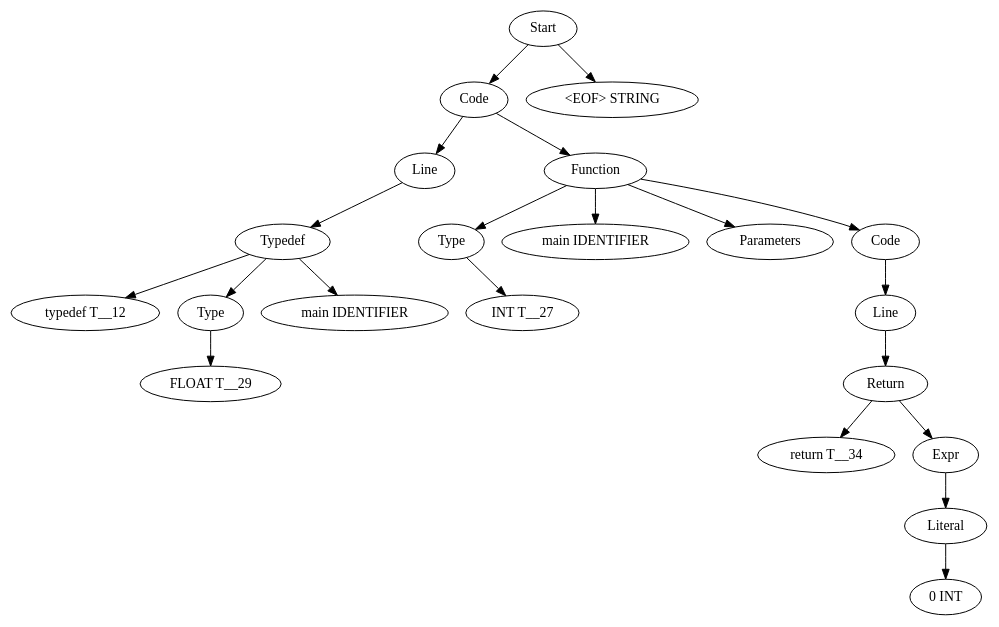
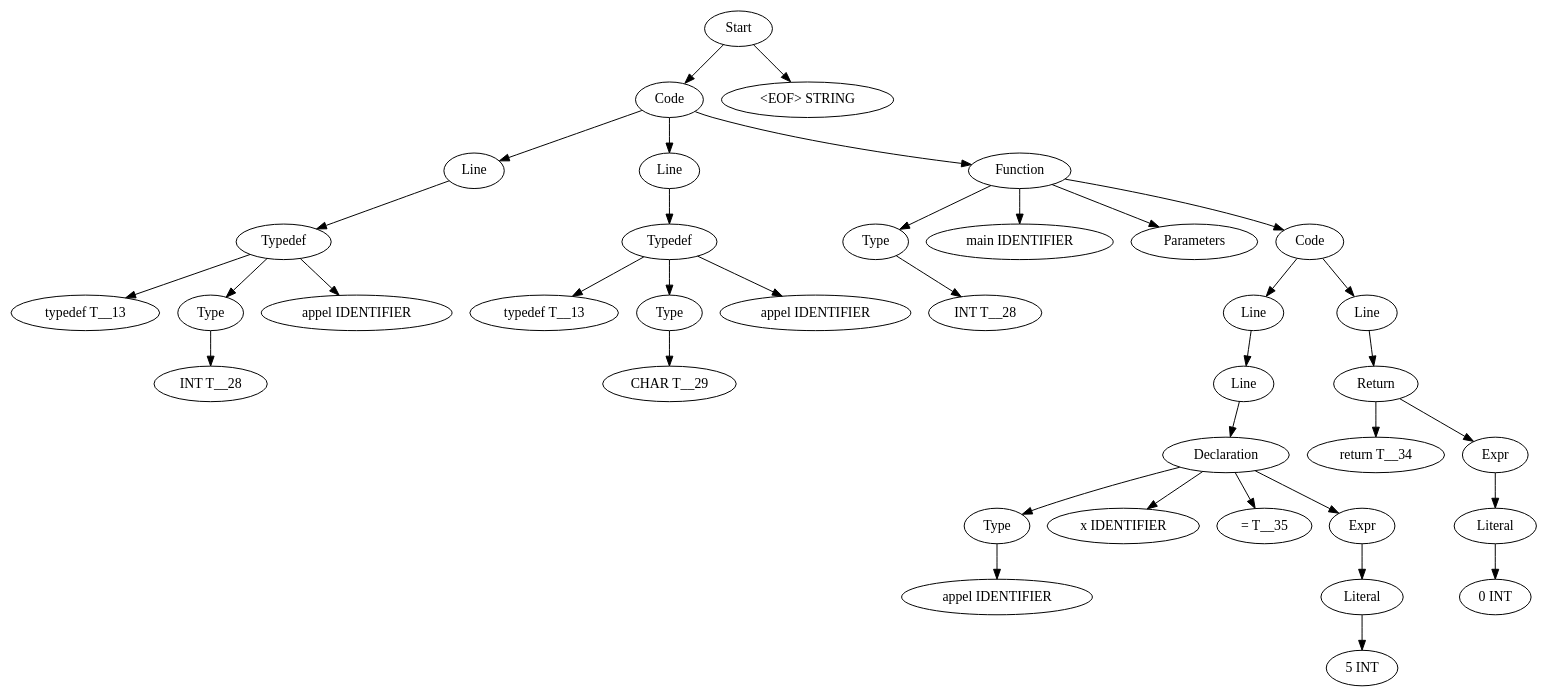
Before and after one commit to Are-you-listening/Compilers: the diagram in TestCases/ASTTests/TypedefTests/createTests/read_file_before.dot, drawn with Graphviz. The commit also changed 340 other files, not shown here.

```diff
--- a/TestCases/ASTTests/TypedefTests/createTests/read_file_before.dot
+++ b/TestCases/ASTTests/TypedefTests/createTests/read_file_before.dot
@@ -1,43 +1,75 @@
 digraph AST {
-  "123848380868896" [label="Start"];
-  "123848380868896" -> "123848380869664";
-  "123848380868896" -> "123848380868992";
-  "123848380869664" [label="Code"];
-  "123848380869664" -> "123848380869136";
-  "123848380869664" -> "123848380861456";
-  "123848380869136" [label="Line"];
-  "123848380869136" -> "123848380861744";
-  "123848380861744" [label="Typedef"];
-  "123848380861744" -> "123848380859056";
-  "123848380861744" -> "123848380866160";
-  "123848380861744" -> "123848380861984";
-  "123848380859056" [label="typedef T__12"];
-  "123848380866160" [label="Type"];
-  "123848380866160" -> "123848380869328";
-  "123848380869328" [label="FLOAT T__29"];
-  "123848380861984" [label="main IDENTIFIER"];
-  "123848380861456" [label="Function"];
-  "123848380861456" -> "123848380858528";
-  "123848380861456" -> "123848380861504";
-  "123848380861456" -> "123848380869568";
-  "123848380861456" -> "123848380860448";
-  "123848380858528" [label="Type"];
-  "123848380858528" -> "123848380865632";
-  "123848380865632" [label="INT T__27"];
-  "123848380861504" [label="main IDENTIFIER"];
-  "123848380869568" [label="Parameters"];
-  "123848380860448" [label="Code"];
-  "123848380860448" -> "123848380861696";
-  "123848380861696" [label="Line"];
-  "123848380861696" -> "123848380869520";
-  "123848380869520" [label="Return"];
-  "123848380869520" -> "123848380873360";
-  "123848380869520" -> "123848380864096";
-  "123848380873360" [label="return T__34"];
-  "123848380864096" [label="Expr"];
-  "123848380864096" -> "123848380861840";
-  "123848380861840" [label="Literal"];
-  "123848380861840" -> "123848380869280";
-  "123848380869280" [label="0 INT"];
-  "123848380868992" [label="<EOF> STRING"];
+  "131043384268352" [label="Start"];
+  "131043384268352" -> "131043383300880";
+  "131043384268352" -> "131043383302320";
+  "131043383300880" [label="Code"];
+  "131043383300880" -> "131043383307744";
+  "131043383300880" -> "131043383301120";
+  "131043383300880" -> "131043383306016";
+  "131043383307744" [label="Line"];
+  "131043383307744" -> "131043383300016";
+  "131043383300016" [label="Typedef"];
+  "131043383300016" -> "131043383296320";
+  "131043383300016" -> "131043383305056";
+  "131043383300016" -> "131043383304000";
+  "131043383296320" [label="typedef T__13"];
+  "131043383305056" [label="Type"];
+  "131043383305056" -> "131043383305680";
+  "131043383305680" [label="INT T__28"];
+  "131043383304000" [label="appel IDENTIFIER"];
+  "131043383301120" [label="Line"];
+  "131043383301120" -> "131043383297184";
+  "131043383297184" [label="Typedef"];
+  "131043383297184" -> "131043383301408";
+  "131043383297184" -> "131043383305104";
+  "131043383297184" -> "131043383297088";
+  "131043383301408" [label="typedef T__13"];
+  "131043383305104" [label="Type"];
+  "131043383305104" -> "131043383301072";
+  "131043383301072" [label="CHAR T__29"];
+  "131043383297088" [label="appel IDENTIFIER"];
+  "131043383306016" [label="Function"];
+  "131043383306016" -> "131043383303904";
+  "131043383306016" -> "131043383305008";
+  "131043383306016" -> "131043383303952";
+  "131043383306016" -> "131043383300352";
+  "131043383303904" [label="Type"];
+  "131043383303904" -> "131043383304048";
+  "131043383304048" [label="INT T__28"];
+  "131043383305008" [label="main IDENTIFIER"];
+  "131043383303952" [label="Parameters"];
+  "131043383300352" [label="Code"];
+  "131043383300352" -> "131043383306064";
+  "131043383300352" -> "131043383297040";
+  "131043383306064" [label="Line"];
+  "131043383306064" -> "131043383303760";
+  "131043383303760" [label="Line"];
+  "131043383303760" -> "131043383306304";
+  "131043383306304" [label="Declaration"];
+  "131043383306304" -> "131043383304480";
+  "131043383306304" -> "131043383304384";
+  "131043383306304" -> "131043383307792";
+  "131043383306304" -> "131043383307168";
+  "131043383304480" [label="Type"];
+  "131043383304480" -> "131043383304576";
+  "131043383304576" [label="appel IDENTIFIER"];
+  "131043383304384" [label="x IDENTIFIER"];
+  "131043383307792" [label="= T__35"];
+  "131043383307168" [label="Expr"];
+  "131043383307168" -> "131043383300448";
+  "131043383300448" [label="Literal"];
+  "131043383300448" -> "131043383305968";
+  "131043383305968" [label="5 INT"];
+  "131043383297040" [label="Line"];
+  "131043383297040" -> "131043383304528";
+  "131043383304528" [label="Return"];
+  "131043383304528" -> "131043383299968";
+  "131043383304528" -> "131043383300928";
+  "131043383299968" [label="return T__34"];
+  "131043383300928" [label="Expr"];
+  "131043383300928" -> "131043383299296";
+  "131043383299296" [label="Literal"];
+  "131043383299296" -> "131043383302512";
+  "131043383302512" [label="0 INT"];
+  "131043383302320" [label="<EOF> STRING"];
 }
```
